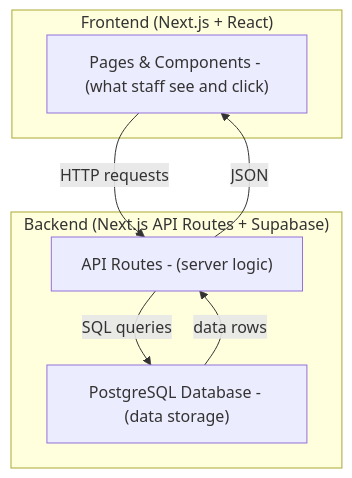
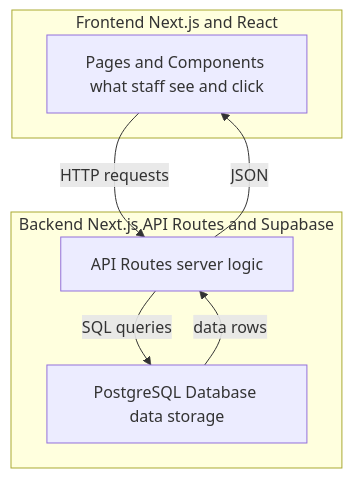
Before and after one commit to wongjinar-ai/expample: the first of 8 diagrams in learning/09-fullstack-best-practices.md, drawn with Mermaid. The commit also changed other lines of this file and 5 other files, not shown here.

````diff
--- a/learning/09-fullstack-best-practices.md
+++ b/learning/09-fullstack-best-practices.md
@@ -7,15 +7,15 @@
 ```mermaid
-graph TD
-    subgraph Frontend["Frontend (Next.js + React)"]
-        UI["Pages & Components - (what staff see and click)"]
+flowchart TD
+    subgraph Frontend[Frontend Next.js and React]
+        UI[Pages and Components what staff see and click]
     end
-    subgraph Backend["Backend (Next.js API Routes + Supabase)"]
-        API["API Routes - (server logic)"]
-        DB["PostgreSQL Database - (data storage)"]
+    subgraph Backend[Backend Next.js API Routes and Supabase]
+        API[API Routes server logic]
+        DB[PostgreSQL Database data storage]
     end
 
     UI -->|"HTTP requests"| API
     API -->|"SQL queries"| DB
     DB -->|"data rows"| API
     API -->|"JSON"| UI
 ```
````
